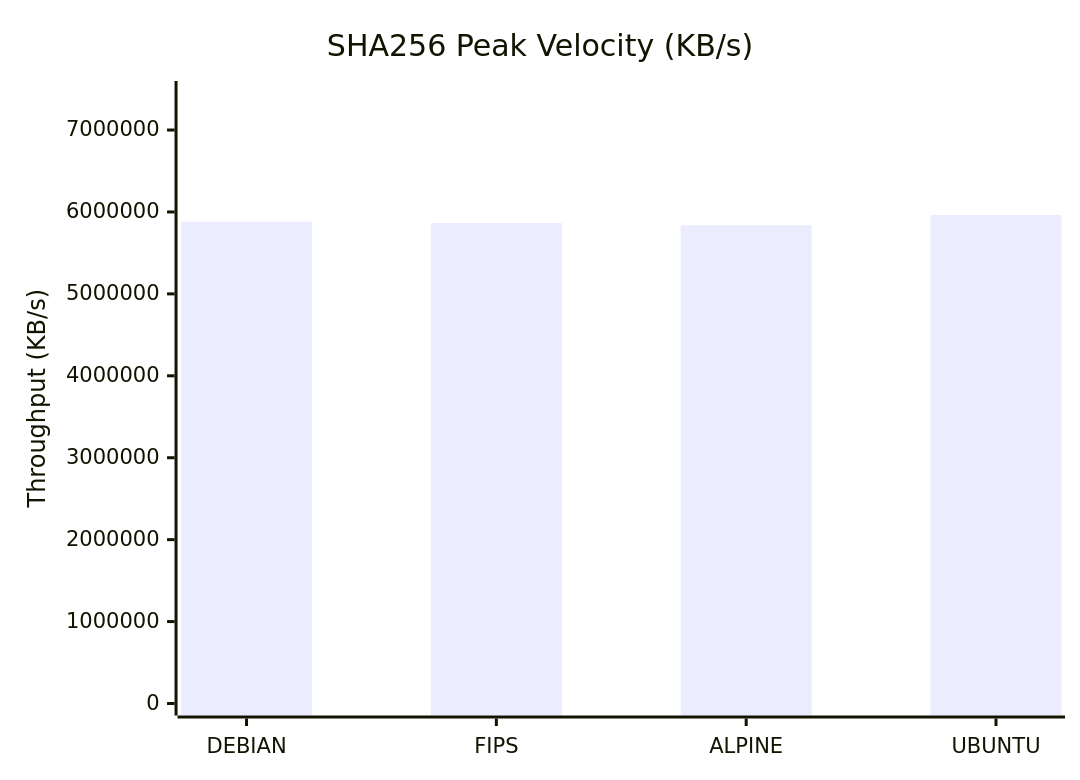
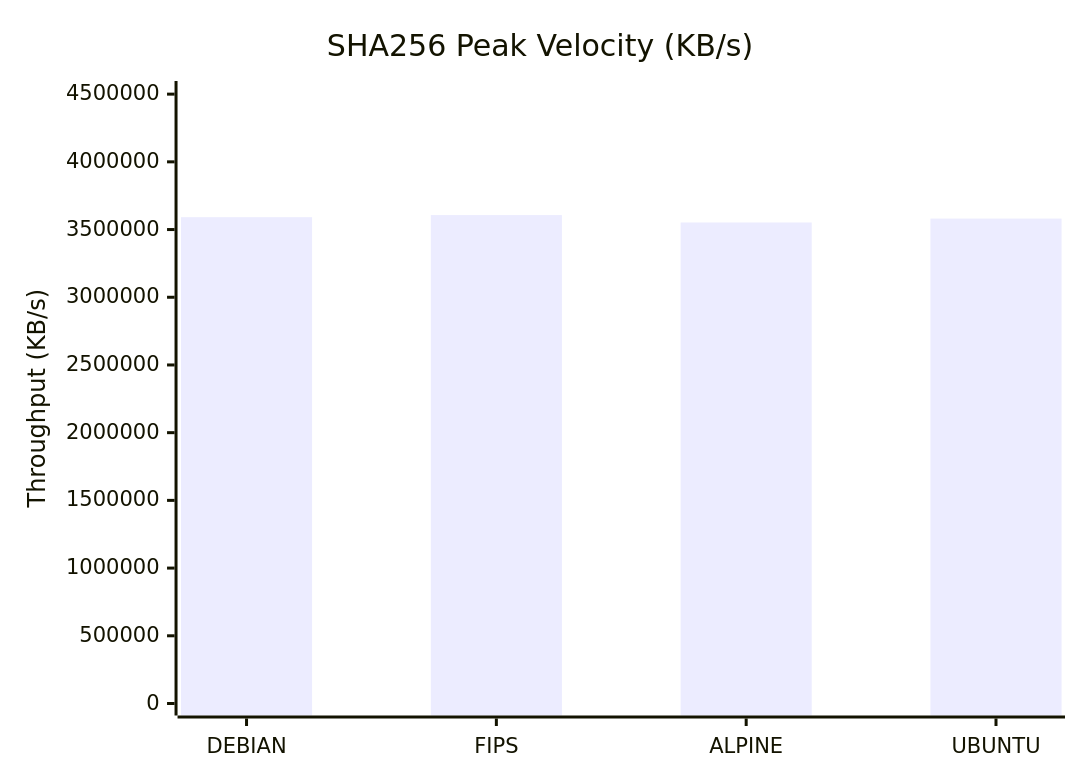
The second of 9 diagrams in docs/Comparison_Report.md (taha2samy/openssl_fips), drawn with Mermaid before and after one commit. The commit also changed other lines of this file and 3 other files, not shown here.

````diff
--- a/docs/Comparison_Report.md
+++ b/docs/Comparison_Report.md
@@ -65,7 +65,7 @@
 ```mermaid
 xychart-beta
     title "SHA256 Peak Velocity (KB/s)"
     x-axis [DEBIAN, FIPS, ALPINE, UBUNTU]
-    y-axis "Throughput (KB/s)" 0 --> 7452088
-    bar [5881683.97, 5864628.22, 5837881.34, 5961670.66]
+    y-axis "Throughput (KB/s)" 0 --> 4508385
+    bar [3591258.11, 3606708.22, 3552100.35, 3581124.61]
 ```
````
